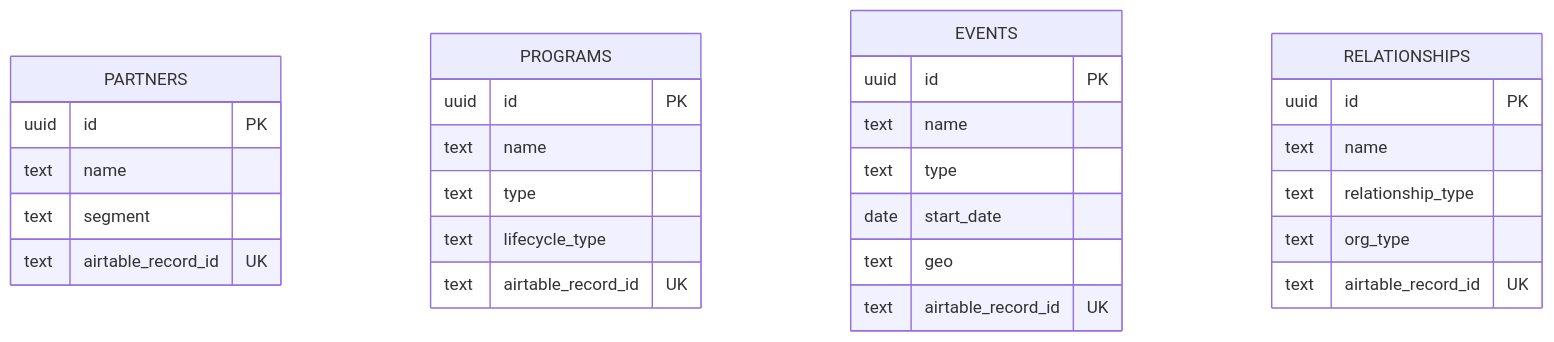
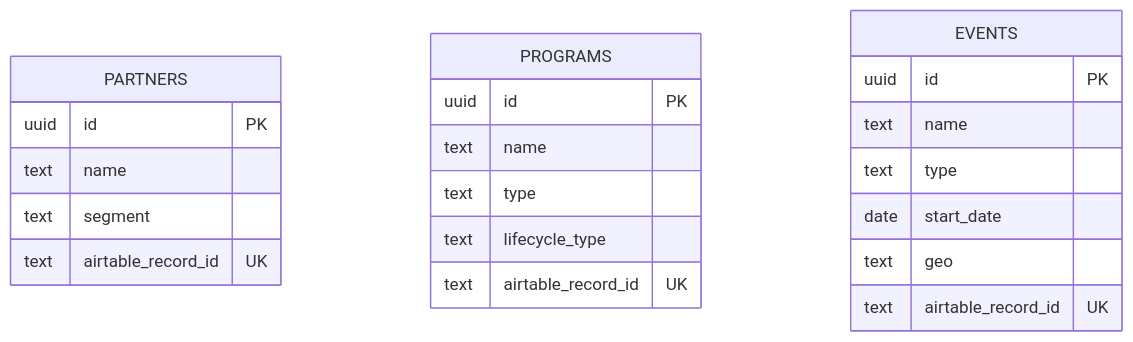
The second of 5 diagrams in docs/entity-model.md (zingozingo/roadrunner), drawn with Mermaid before and after one commit. The commit also changed other lines of this file, not shown here.

First line of the commit message:
docs: update entity-model.md — 17 tables, dissolved junctions, program_name, CI email

````diff
--- a/docs/entity-model.md
+++ b/docs/entity-model.md
@@ -79,31 +67,24 @@
 ```mermaid
 erDiagram
     PARTNERS {
         uuid id PK
         text name
         text segment
         text airtable_record_id UK
     }
     PROGRAMS {
         uuid id PK
         text name
         text type
         text lifecycle_type
         text airtable_record_id UK
     }
     EVENTS {
         uuid id PK
         text name
         text type
         date start_date
         text geo
         text airtable_record_id UK
     }
-    RELATIONSHIPS {
-        uuid id PK
-        text name
-        text relationship_type
-        text org_type
-        text airtable_record_id UK
-    }
 ```
````
